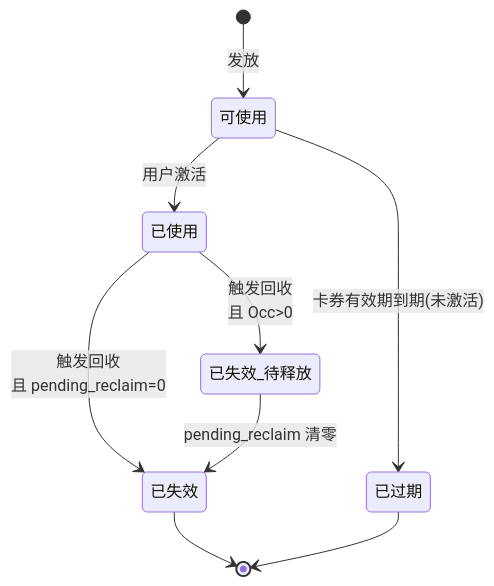
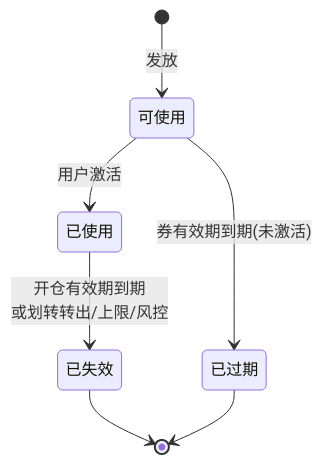
Before and after one commit to DashuaibiZZY/prototype: the first of 10 diagrams in document/web&后台/体验金回收机制改版方案.md, drawn with Mermaid. The commit also changed other lines of this file and 2 other files, not shown here.

First line of the commit message:
docs: restructure trial fund v2 as behavior-driven flowcharts

````diff
--- a/document/web&后台/体验金回收机制改版方案.md
+++ b/document/web&后台/体验金回收机制改版方案.md
@@ -74,11 +53,9 @@
 ```mermaid
 stateDiagram-v2
     [*] --> 可使用: 发放
     可使用 --> 已使用: 用户激活
-    可使用 --> 已过期: 卡券有效期到期(未激活)
-    已使用 --> 已失效: 触发回收<br/>且 pending_reclaim=0
-    已使用 --> 已失效_待释放: 触发回收<br/>且 Occ>0
-    已失效_待释放 --> 已失效: pending_reclaim 清零
+    可使用 --> 已过期: 券有效期到期(未激活)
+    已使用 --> 已失效: 开仓有效期到期<br/>或划转转出/上限/风控
     已失效 --> [*]
     已过期 --> [*]
 ```
````
